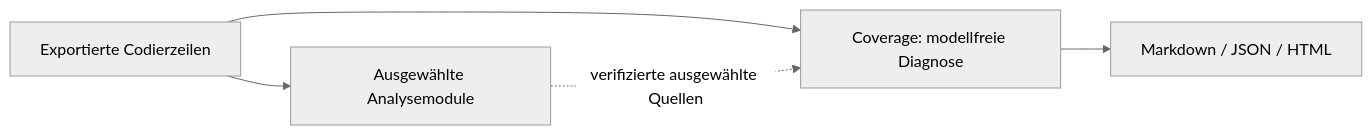
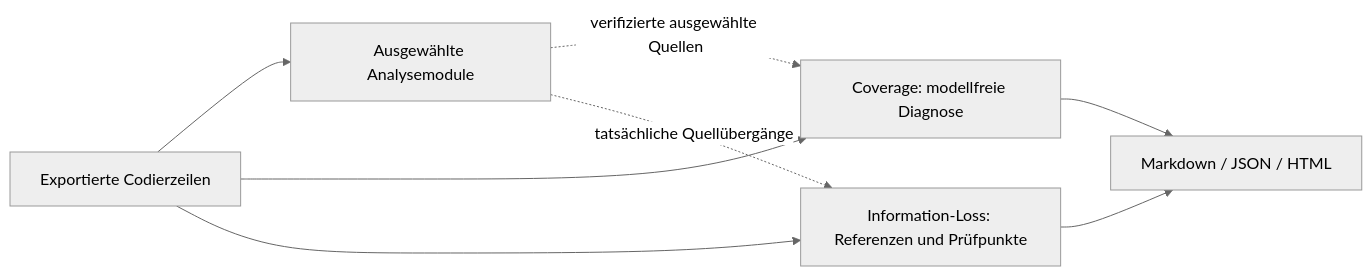
One commit to braendma/Qualitative-Analyse-mit-Ollama changed the diagram in docs/README_WORKFLOW.md. Above: the diagram before and after it, drawn with Mermaid (neutral theme). The commit also changed other lines of this file and 24 other files, not shown here.

Commit message:
Integrate optional information-loss audit with report, help, and resume validation

````diff
--- a/docs/README_WORKFLOW.md
+++ b/docs/README_WORKFLOW.md
@@ -7,7 +8,10 @@
 ```mermaid
 flowchart LR
   Input[Exportierte Codierzeilen] --> Analysen[Ausgewählte Analysemodule]
   Input --> Coverage[Coverage: modellfreie Diagnose]
   Analysen -. verifizierte ausgewählte Quellen .-> Coverage
+  Analysen -. tatsächliche Quellübergänge .-> Audit[Information-Loss: Referenzen und Prüfpunkte]
+  Input --> Audit
+  Audit --> Bericht
   Coverage --> Bericht[Markdown / JSON / HTML]
 ```
````
